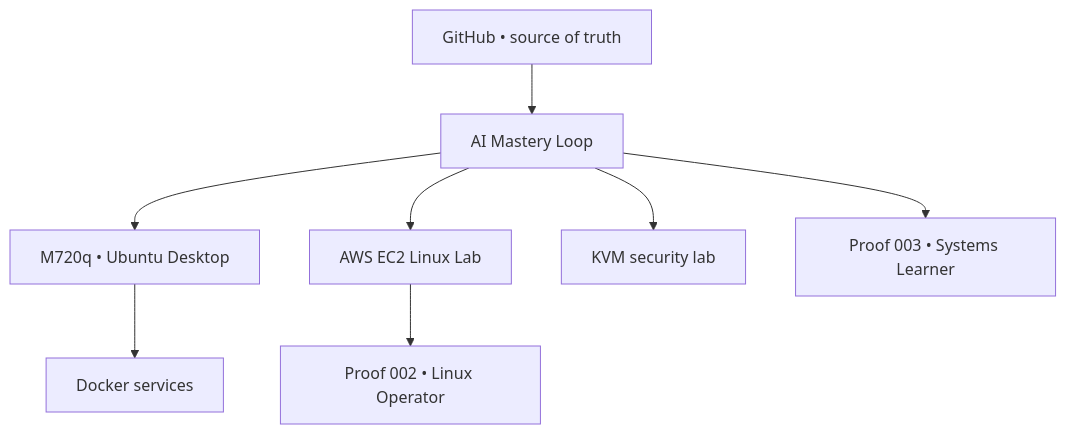
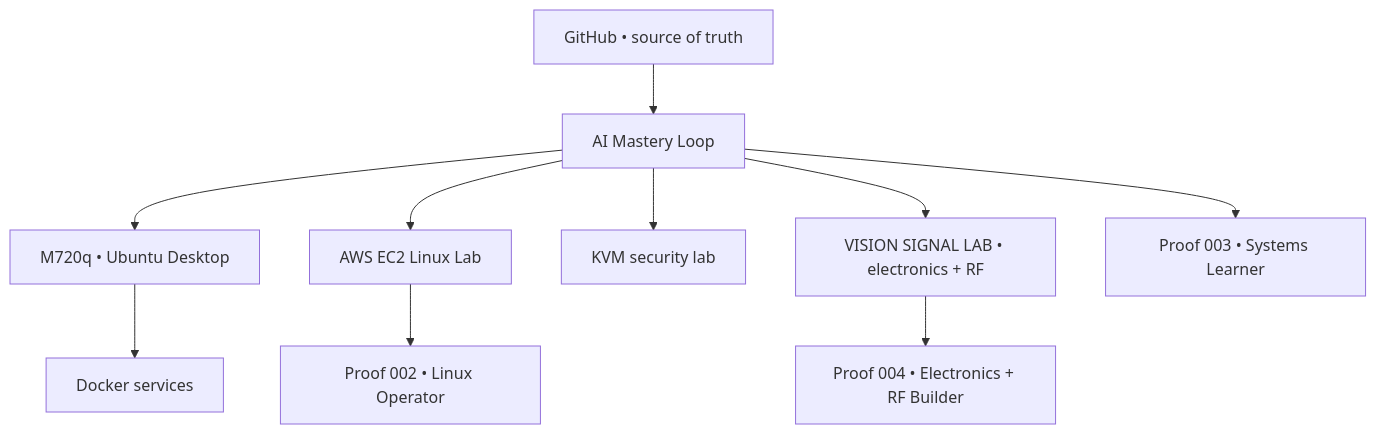
Before and after one commit to Vewiser/vision-node-prototype: the second of 2 diagrams in README.md, drawn with Mermaid. The commit also changed other lines of this file and 2 other files, not shown here.

Commit message:
docs: add Vision Signal Lab foundation

````diff
--- a/README.md
+++ b/README.md
@@ -61,10 +62,12 @@
 ```mermaid
 flowchart TD
     M["AI Mastery Loop"] --> U["M720q • Ubuntu Desktop"]
     M --> A["AWS EC2 Linux Lab"]
     M --> V["KVM security lab"]
+    M --> R["VISION SIGNAL LAB • electronics + RF"]
     G["GitHub • source of truth"] --> M
     U --> D["Docker services"]
     A --> P["Proof 002 • Linux Operator"]
     M --> P3["Proof 003 • Systems Learner"]
+    R --> P4["Proof 004 • Electronics + RF Builder"]
 ```
````
